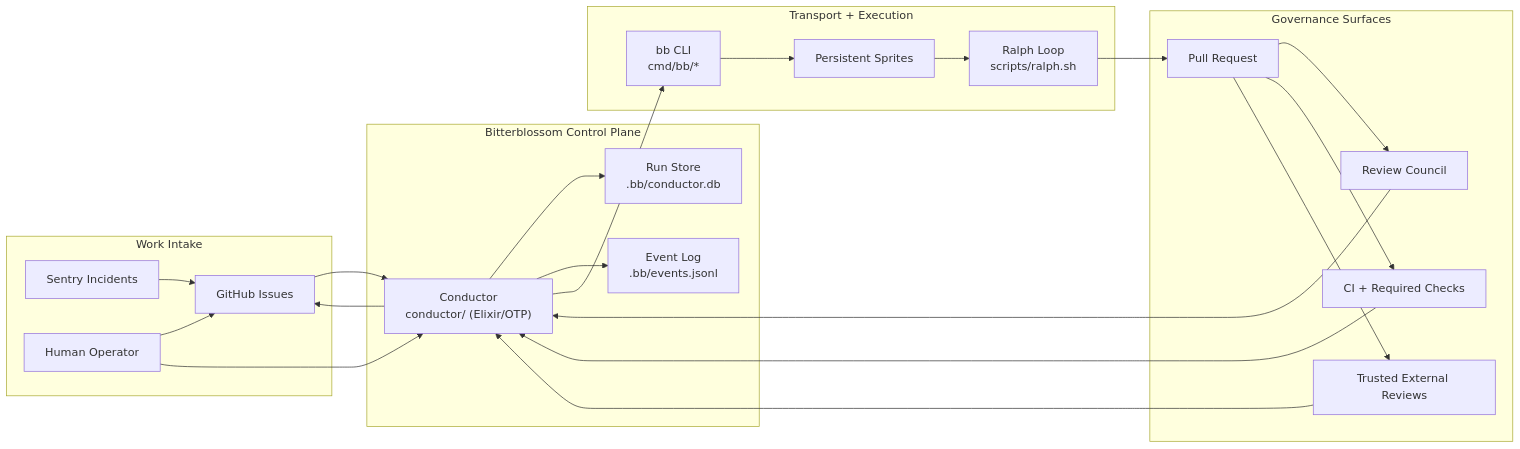
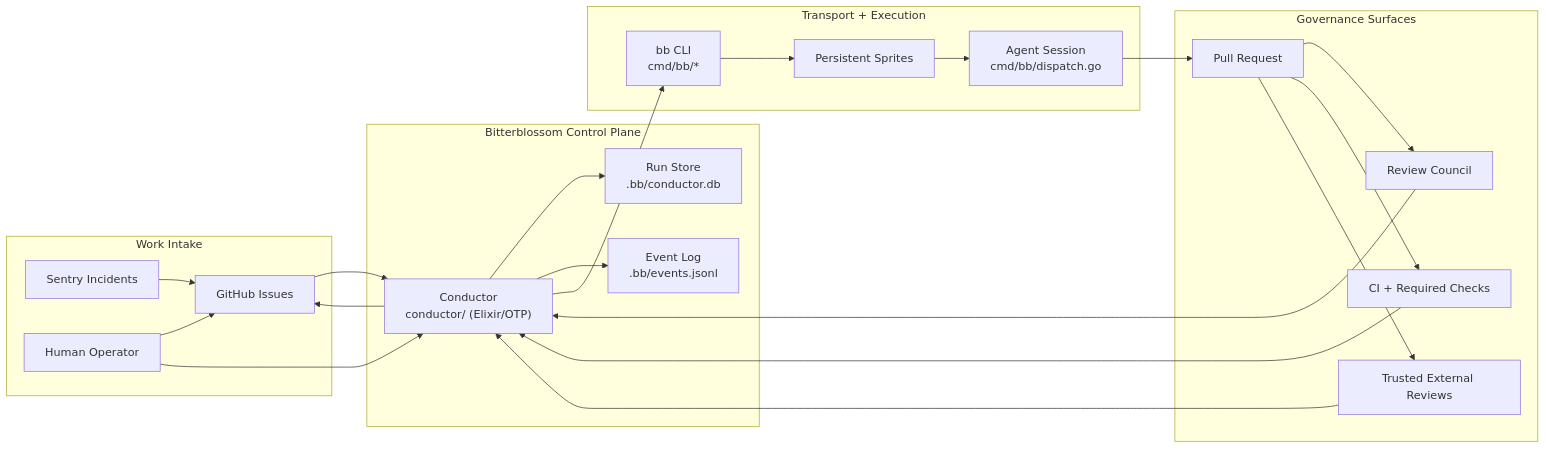
Before and after one commit to misty-step/bitterblossom: the first of 2 diagrams in docs/architecture/README.md, drawn with Mermaid. The commit also changed other lines of this file and 49 other files, not shown here.

````diff
--- a/docs/architecture/README.md
+++ b/docs/architecture/README.md
@@ -23,45 +23,45 @@
 ```mermaid
 flowchart LR
     subgraph Inputs["Work Intake"]
         GH["GitHub Issues"]
         Sentry["Sentry Incidents"]
         Ops["Human Operator"]
     end
 
     subgraph Control["Bitterblossom Control Plane"]
         Conductor["Conductor\nconductor/ (Elixir/OTP)"]
         DB["Run Store\n.bb/conductor.db"]
         Events["Event Log\n.bb/events.jsonl"]
     end
 
     subgraph Runtime["Transport + Execution"]
         BB["bb CLI\ncmd/bb/*"]
-        Ralph["Ralph Loop\nscripts/ralph.sh"]
+        Agent["Agent Session\ncmd/bb/dispatch.go"]
         Sprites["Persistent Sprites"]
     end
 
     subgraph Review["Governance Surfaces"]
         PR["Pull Request"]
         CI["CI + Required Checks"]
         Council["Review Council"]
         External["Trusted External Reviews"]
     end
 
     Sentry --> GH
     GH --> Conductor
     Ops --> GH
     Ops --> Conductor
     Conductor --> DB
     Conductor --> Events
     Conductor --> BB
     BB --> Sprites
-    Sprites --> Ralph
-    Ralph --> PR
+    Sprites --> Agent
+    Agent --> PR
     PR --> Council
     PR --> CI
     PR --> External
     Council --> Conductor
     CI --> Conductor
     External --> Conductor
     Conductor --> GH
 ```
````
